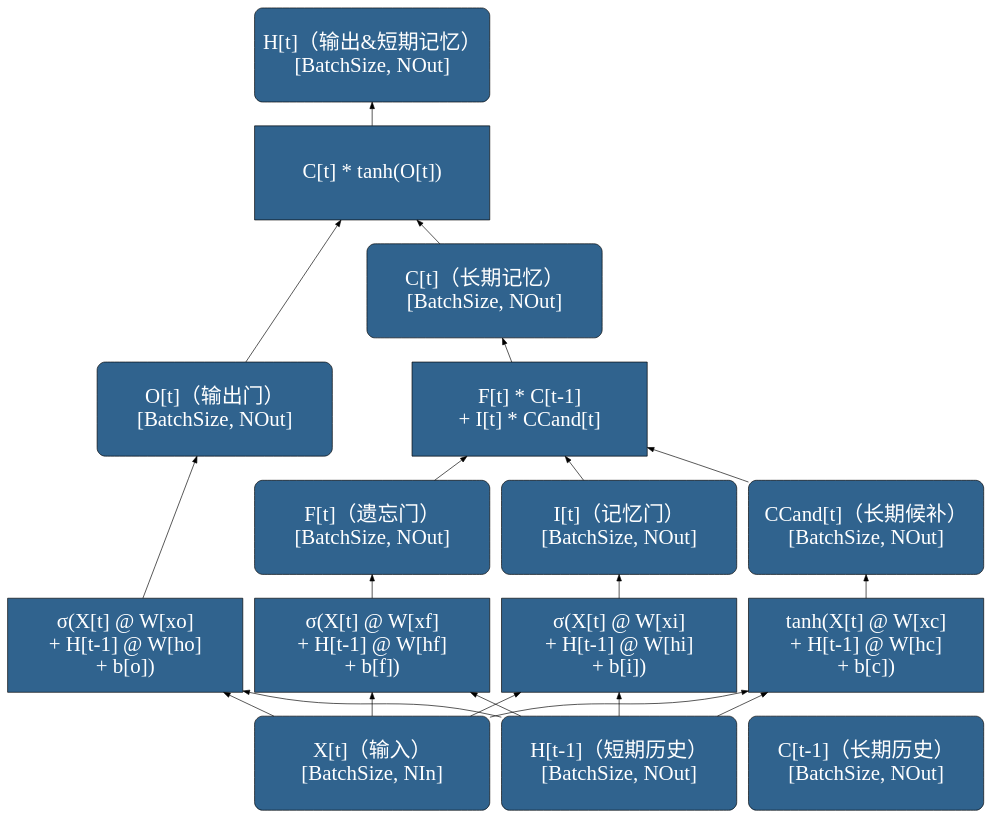
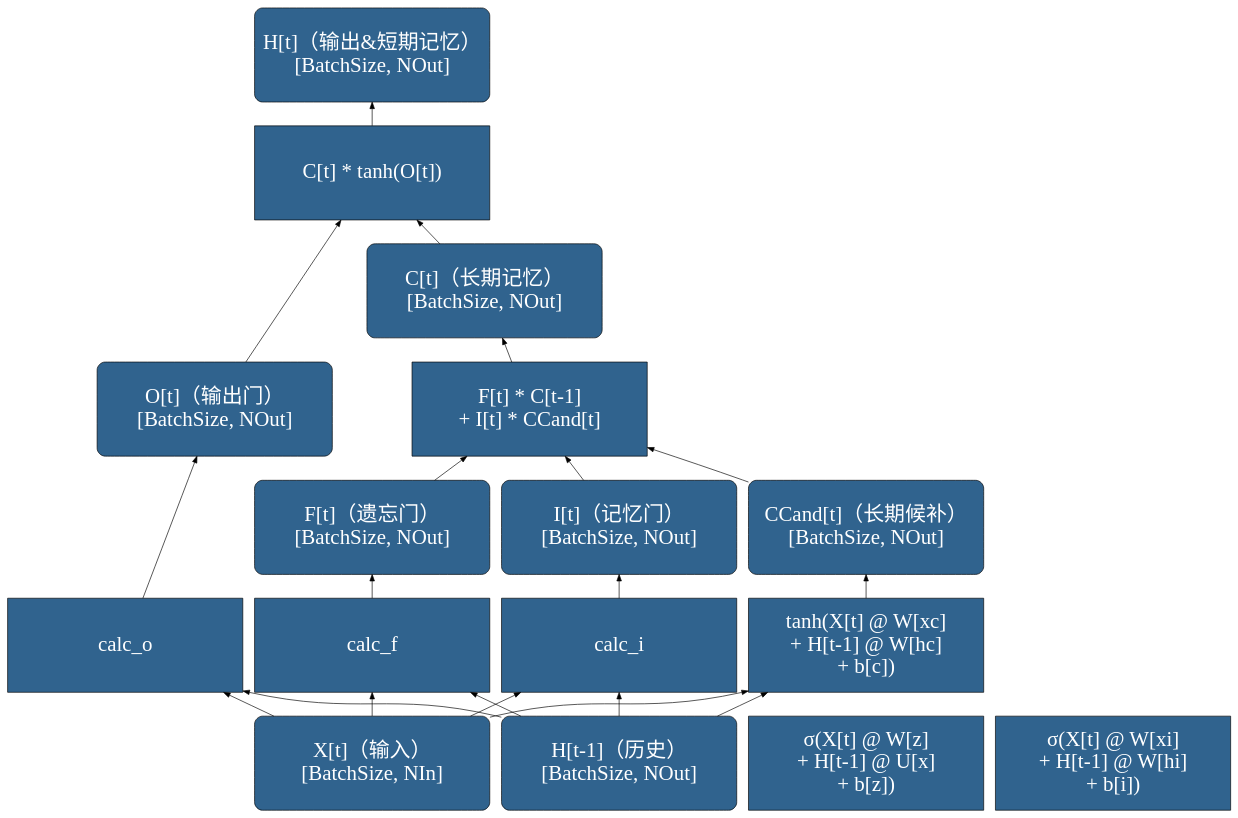
The diagram in docs/basic_dl_arch/5_5_gru_cell.dot (OpenDocCN/python-code-anls), drawn with Graphviz before and after one commit. The commit also changed 1 other file, not shown here.

```diff
--- a/docs/basic_dl_arch/5_5_gru_cell.dot
+++ b/docs/basic_dl_arch/5_5_gru_cell.dot
@@ -1,55 +1,53 @@
 digraph LSTMCell {
 	rankdir=BT
     node [
 		style=filled, 
 		color=Black
 		fontcolor=White, 
 		fillcolor="#30638e", 
 		fontname="SimHei",
 		fontsize=32,
 		width=5, height=2,
 		shape="box",
 	]
 
     x [label="X[t]（输入）\n[BatchSize, NIn]", shape="Mrecord"]
-    his_h [label="H[t-1]（短期历史）\n[BatchSize, NOut]", shape="Mrecord"]
-    his_c [label="C[t-1]（长期历史）\n[BatchSize, NOut]", shape="Mrecord"]
+    his_h [label="H[t-1]（历史）\n[BatchSize, NOut]", shape="Mrecord"]
     
-    calc_f [label="σ(X[t] @ W[xf]\n + H[t-1] @ W[hf]\n + b[f])"]
-    calc_i [label="σ(X[t] @ W[xi]\n + H[t-1] @ W[hi]\n + b[i])"]
+    calc_z [label="σ(X[t] @ W[z]\n + H[t-1] @ U[x]\n + b[z])"]
+    calc_r [label="σ(X[t] @ W[xi]\n + H[t-1] @ W[hi]\n + b[i])"]
     calc_c_cand [label="tanh(X[t] @ W[xc]\n + H[t-1] @ W[hc]\n + b[c])"]
-    calc_o [label="σ(X[t] @ W[xo]\n + H[t-1] @ W[ho]\n + b[o])"]
     
     f   [label="F[t]（遗忘门）\n[BatchSize, NOut]", shape="Mrecord"]
     i   [label="I[t]（记忆门）\n[BatchSize, NOut]", shape="Mrecord"]
     c_cand   [label="CCand[t]（长期候补）\n[BatchSize, NOut]", shape="Mrecord"]
     o   [label="O[t]（输出门）\n[BatchSize, NOut]", shape="Mrecord"]
 
     calc_c [label="F[t] * C[t-1]\n + I[t] * CCand[t]"]
     calc_h [label="C[t] * tanh(O[t])"]
 
     h [label="H[t]（输出&短期记忆）\n[BatchSize, NOut]", shape="Mrecord"]
     c [label="C[t]（长期记忆）\n[BatchSize, NOut]", shape="Mrecord"]
 
     x -> calc_f
     x -> calc_i
     x -> calc_c_cand
     x -> calc_o
 
     his_h -> calc_f -> f
     his_h -> calc_i -> i
     his_h -> calc_c_cand -> c_cand
     his_h -> calc_o -> o
 
     f -> calc_c
     i -> calc_c
     c_cand -> calc_c
 
     calc_c -> c
 
     c -> calc_h
     o -> calc_h
     calc_h -> h
 
 
 }
```
